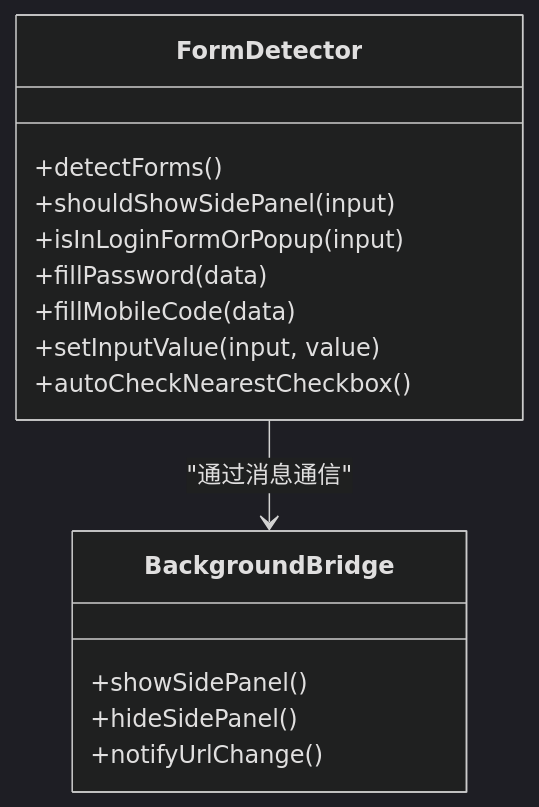
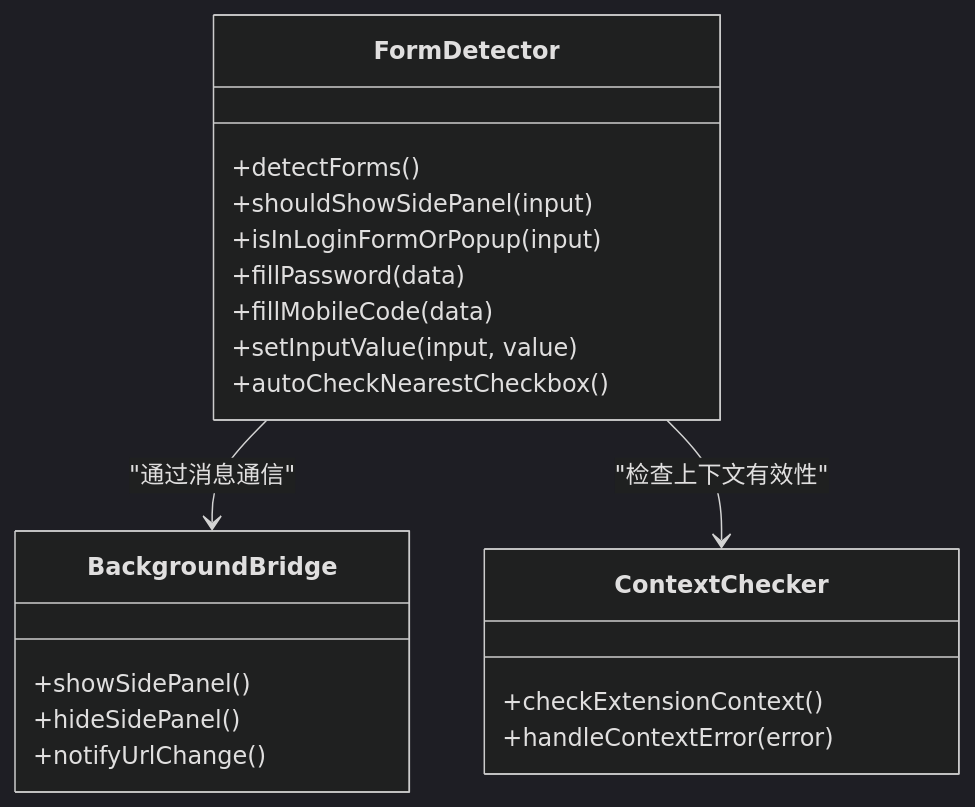
Before and after one commit to liaolongdong/account-password-helper: the fifth of 6 diagrams in .qoder/repowiki/zh/content/扩展入口点/扩展入口点.md, drawn with Mermaid (dark theme). The commit also changed other lines of this file and 23 other files, not shown here.

````diff
--- a/.qoder/repowiki/zh/content/扩展入口点/扩展入口点.md
+++ b/.qoder/repowiki/zh/content/扩展入口点/扩展入口点.md
@@ -178,18 +234,23 @@
 ```mermaid
 classDiagram
 class FormDetector {
 +detectForms()
 +shouldShowSidePanel(input)
 +isInLoginFormOrPopup(input)
 +fillPassword(data)
 +fillMobileCode(data)
 +setInputValue(input, value)
 +autoCheckNearestCheckbox()
 }
 class BackgroundBridge {
 +showSidePanel()
 +hideSidePanel()
 +notifyUrlChange()
 }
+class ContextChecker {
++checkExtensionContext()
++handleContextError(error)
+}
 FormDetector --> BackgroundBridge : "通过消息通信"
+FormDetector --> ContextChecker : "检查上下文有效性"
 ```
````
